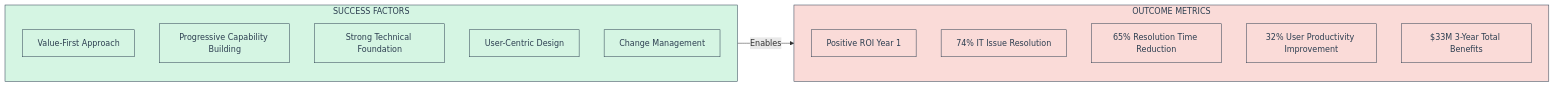
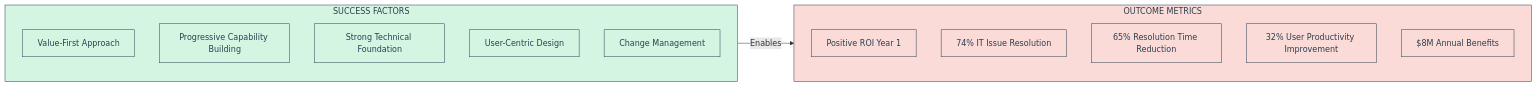
Before and after one commit to ME-ai-agents/docs_prod: the tenth of 10 diagrams in ME.ai_FDD_Impl Strategy & Business Value.md, drawn with Mermaid. The commit also changed other lines of this file, not shown here.

````diff
--- a/ME.ai_FDD_Impl Strategy & Business Value.md
+++ b/ME.ai_FDD_Impl Strategy & Business Value.md
@@ -1086,26 +586,26 @@
 ```mermaid
 flowchart LR
     subgraph SF["SUCCESS FACTORS"]
         VF["Value-First Approach"]
         PC["Progressive Capability Building"]
         SF1["Strong Technical Foundation"]
         UD["User-Centric Design"]
         CM["Change Management"]
     end
     
     subgraph OM["OUTCOME METRICS"]
         ROI["Positive ROI Year 1"]
         BI["74% IT Issue Resolution"]
         PE["65% Resolution Time Reduction"]
         UP["32% User Productivity Improvement"]
-        TP["$33M 3-Year Total Benefits"]
+        TP["$8M Annual Benefits"]
     end
     
     SF -->|"Enables"| OM
     
     classDef sfNode fill:#D5F5E3,stroke:#2C3E50,stroke-width:1px,color:#2C3E50
     classDef omNode fill:#FADBD8,stroke:#2C3E50,stroke-width:1px,color:#2C3E50
     
     class SF,VF,PC,SF1,UD,CM sfNode
     class OM,ROI,BI,PE,UP,TP omNode
 ```
````
